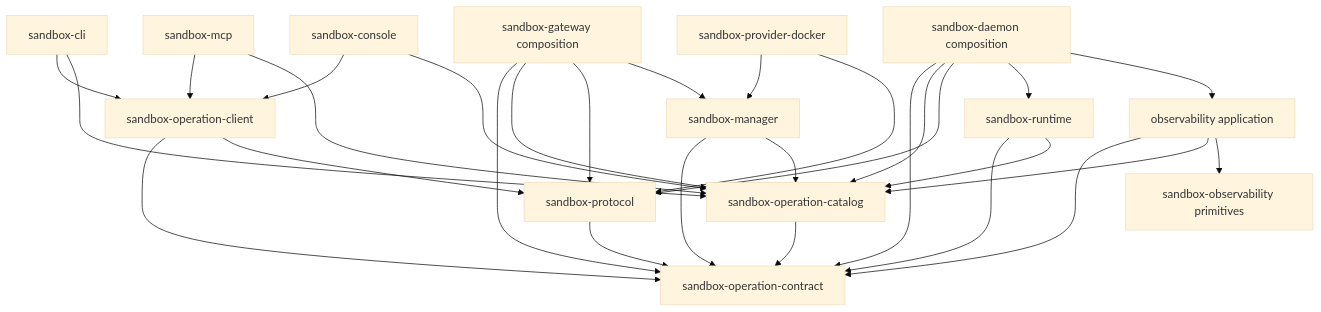
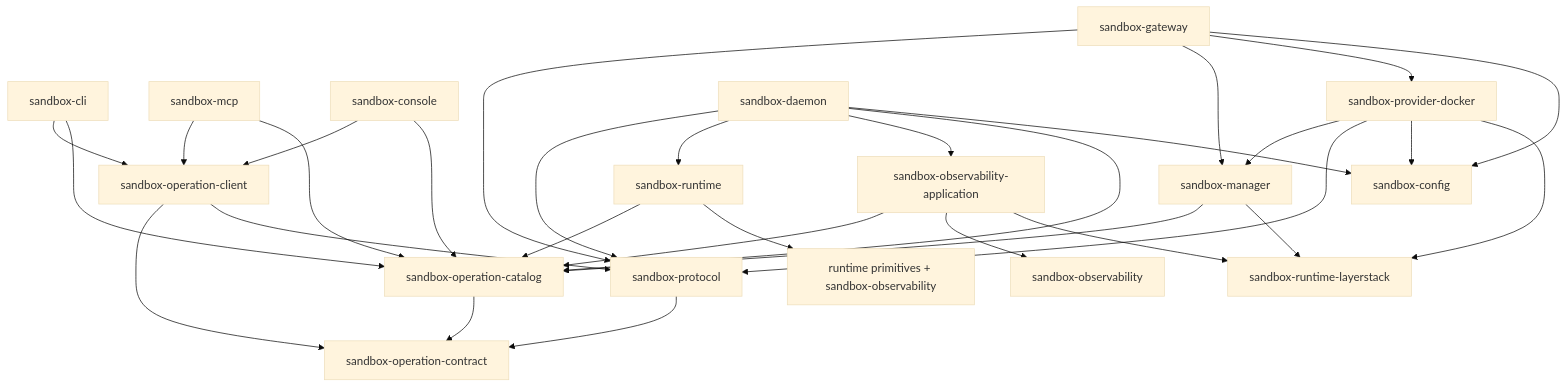
One commit to Ephemeral-AI-Lab/ephemeral-os changed the diagram in docs/obsidian/ephemeral-os/implementation_plan/operation-migration/spec.md. Above: the diagram before and after it, drawn with Mermaid (base theme). The commit also changed other lines of this file and 24 other files, not shown here.

````diff
--- a/docs/obsidian/ephemeral-os/implementation_plan/operation-migration/spec.md
+++ b/docs/obsidian/ephemeral-os/implementation_plan/operation-migration/spec.md
@@ -390,36 +413,37 @@
 ```mermaid
 flowchart TD
     Contract["sandbox-operation-contract"]
     Catalog["sandbox-operation-catalog"] --> Contract
-
-    ManagerApp["sandbox-manager"] --> Contract
-    ManagerApp --> Catalog
-    RuntimeApp["sandbox-runtime"] --> Contract
-    RuntimeApp --> Catalog
-    ObsApp["observability application"] --> Contract
-    ObsApp --> Catalog
-    ObsPrimitives["sandbox-observability primitives"]
-    ObsApp --> ObsPrimitives
-
     Protocol["sandbox-protocol"] --> Contract
     Client["sandbox-operation-client"] --> Contract
     Client --> Protocol
+
+    ManagerApp["sandbox-manager"] --> Catalog
+    ManagerApp --> Layerstack["sandbox-runtime-layerstack"]
+    RuntimeApp["sandbox-runtime"] --> Catalog
+    RuntimeApp --> RuntimePrims["runtime primitives + sandbox-observability"]
+    ObsApp["sandbox-observability-application"] --> Catalog
+    ObsApp --> ObsPrims["sandbox-observability"]
+    ObsApp --> Layerstack
+
     CLI["sandbox-cli"] --> Client
+    CLI --> Catalog
     MCP["sandbox-mcp"] --> Client
+    MCP --> Catalog
     Console["sandbox-console"] --> Client
-    CLI --> Catalog
-    MCP --> Catalog
     Console --> Catalog
 
-    Gateway["sandbox-gateway composition"] --> Contract
-    Gateway --> Catalog
-    Gateway --> Protocol
+    Gateway["sandbox-gateway"] --> Protocol
     Gateway --> ManagerApp
-    Daemon["sandbox-daemon composition"] --> Contract
-    Daemon --> Catalog
-    Daemon --> Protocol
+    Gateway --> Provider["sandbox-provider-docker"]
+    Gateway --> Config["sandbox-config"]
+    Daemon["sandbox-daemon"] --> Protocol
     Daemon --> RuntimeApp
     Daemon --> ObsApp
-    Provider["sandbox-provider-docker"] --> ManagerApp
+    Daemon --> Catalog
+    Daemon --> Config
+    Provider --> ManagerApp
     Provider --> Protocol
+    Provider --> Config
+    Provider --> Layerstack
 ```
````
